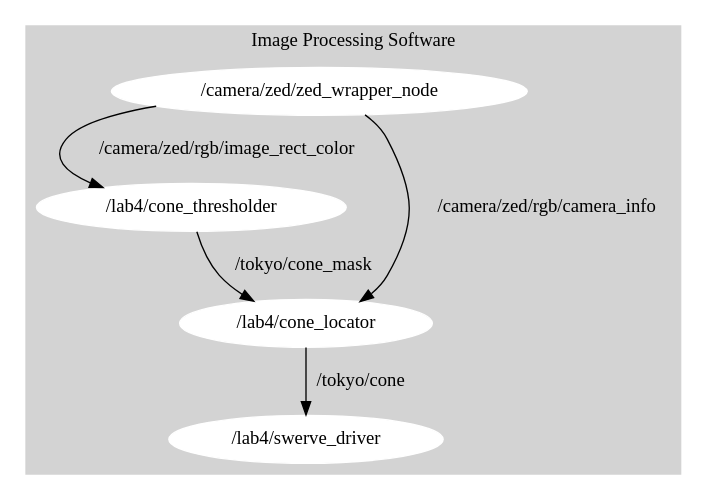
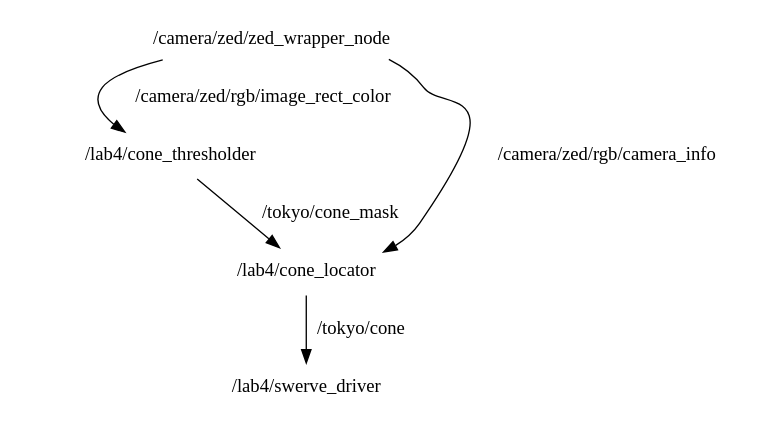
One commit to mit-racecar/6.141-spring-2016-team-5-documentation changed the diagram in assets/images/lab4/rosgraph.dot. Above: the diagram before and after it, drawn with Graphviz. The commit also changed 1 other file, not shown here.

```diff
--- a/assets/images/lab4/rosgraph.dot
+++ b/assets/images/lab4/rosgraph.dot
@@ -1,20 +1,20 @@
 # http://www.graphviz.org/content/cluster
 
-digraph G {
+digraph {
+    subgraph {
+        style=filled;
+        color=lightgrey;
+        label = "Image Processing Software";
 
-	subgraph cluster_0 {
-		style=filled;
-		color=lightgrey;
-		node [style=filled,color=white];
-		zed              [label="/camera/zed/zed_wrapper_node"];
-	    cone_thresholder [label="/lab4/cone_thresholder"];
-	    cone_locator     [label="/lab4/cone_locator"];
-	    swerve_driver    [label="/lab4/swerve_driver"];
+        node [style=filled,color=white];
+        zed              [label="/camera/zed/zed_wrapper_node"];
+        cone_thresholder [label="/lab4/cone_thresholder"];
+        cone_locator     [label="/lab4/cone_locator"];
+        swerve_driver    [label="/lab4/swerve_driver"];
 
-	    zed -> cone_thresholder          [label="/camera/zed/rgb/image_rect_color"];
-	    zed -> cone_locator              [label="/camera/zed/rgb/camera_info"];
-	    cone_thresholder -> cone_locator [label="/tokyo/cone_mask"];
-	    cone_locator -> swerve_driver    [label="/tokyo/cone"];
-		  label = "Image Processing Software";
-	}
+        zed -> cone_thresholder          [label="/camera/zed/rgb/image_rect_color"];
+        zed -> cone_locator              [label="/camera/zed/rgb/camera_info"];
+        cone_thresholder -> cone_locator [label="/tokyo/cone_mask"];
+        cone_locator -> swerve_driver    [label="/tokyo/cone"];
+    }
 }
```
